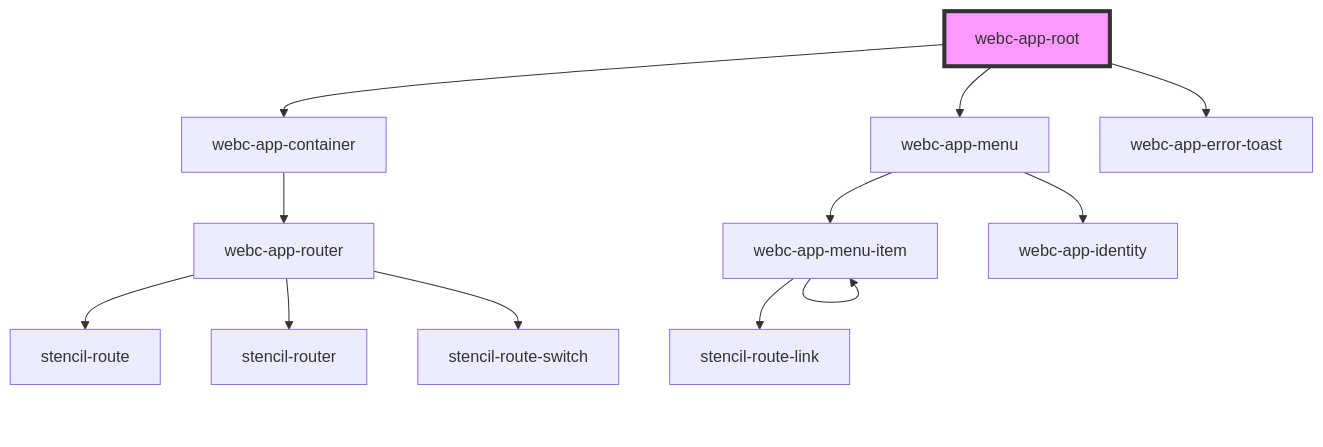
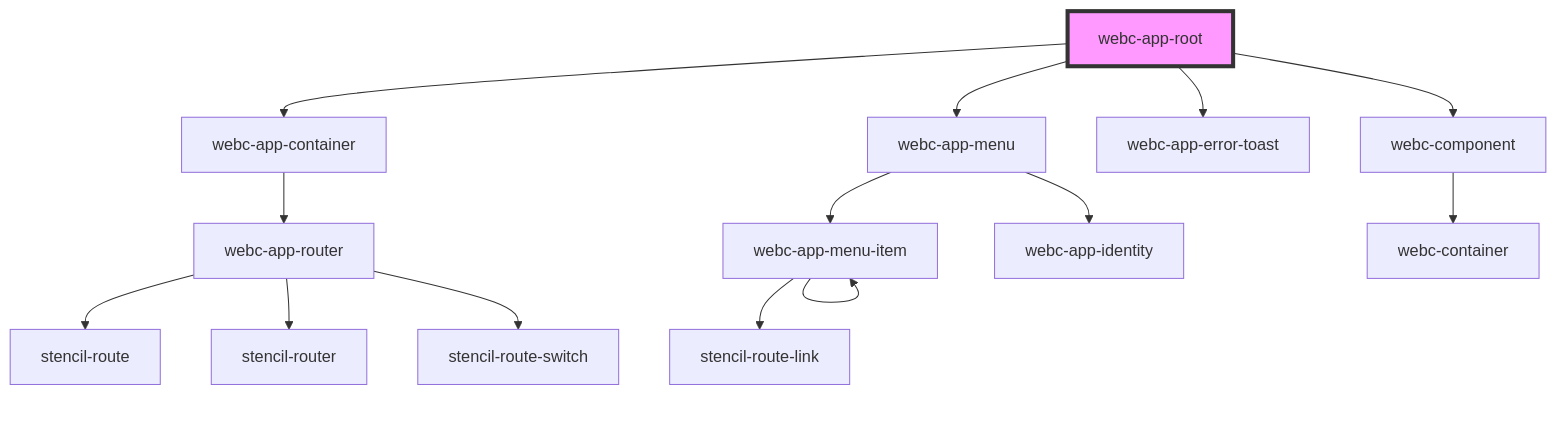
One commit to webcardinal/webcardinal-core changed the diagram in docs/readme/components/webc-app/webc-app-root/readme.md. Above: the diagram before and after it, drawn with Mermaid. The commit also changed other lines of this file and 10 other files, not shown here.

````diff
--- a/docs/readme/components/webc-app/webc-app-root/readme.md
+++ b/docs/readme/components/webc-app/webc-app-root/readme.md
@@ -31,15 +33,17 @@
 ```mermaid
 graph TD;
   webc-app-root --> webc-app-container
   webc-app-root --> webc-app-menu
   webc-app-root --> webc-app-error-toast
+  webc-app-root --> webc-component
   webc-app-container --> webc-app-router
   webc-app-router --> stencil-route
   webc-app-router --> stencil-router
   webc-app-router --> stencil-route-switch
   webc-app-menu --> webc-app-menu-item
   webc-app-menu --> webc-app-identity
   webc-app-menu-item --> webc-app-menu-item
   webc-app-menu-item --> stencil-route-link
+  webc-component --> webc-container
   style webc-app-root fill:#f9f,stroke:#333,stroke-width:4px
 ```
````
